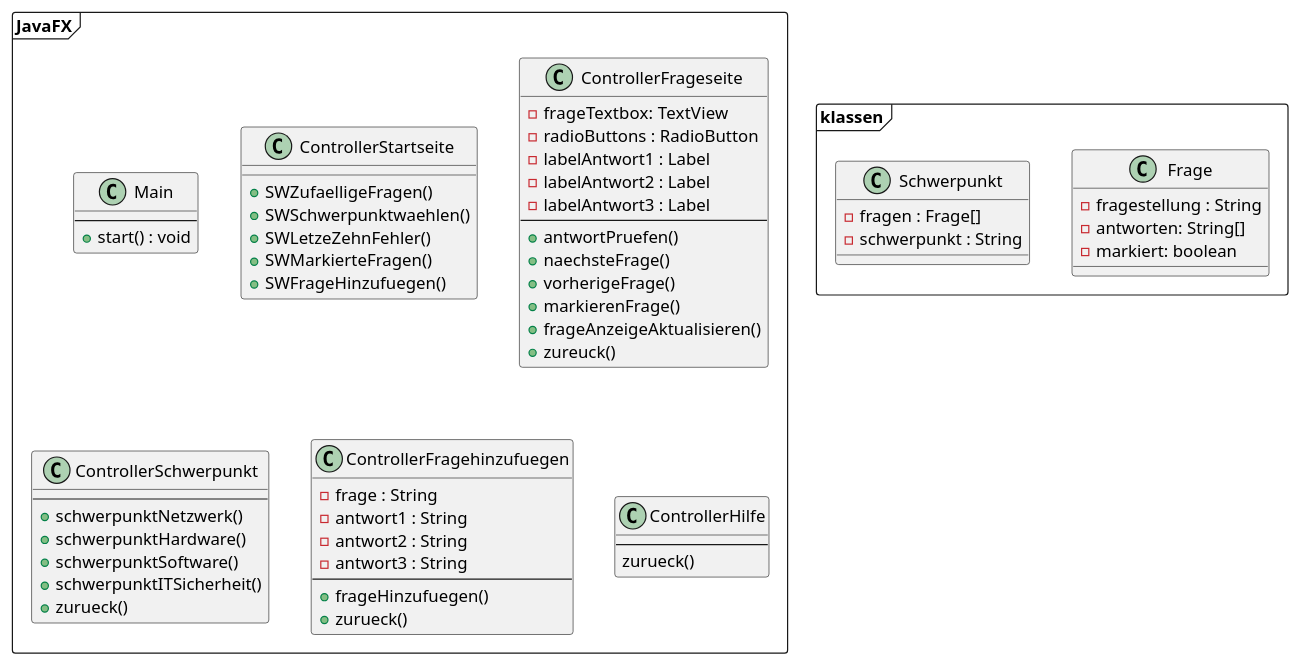
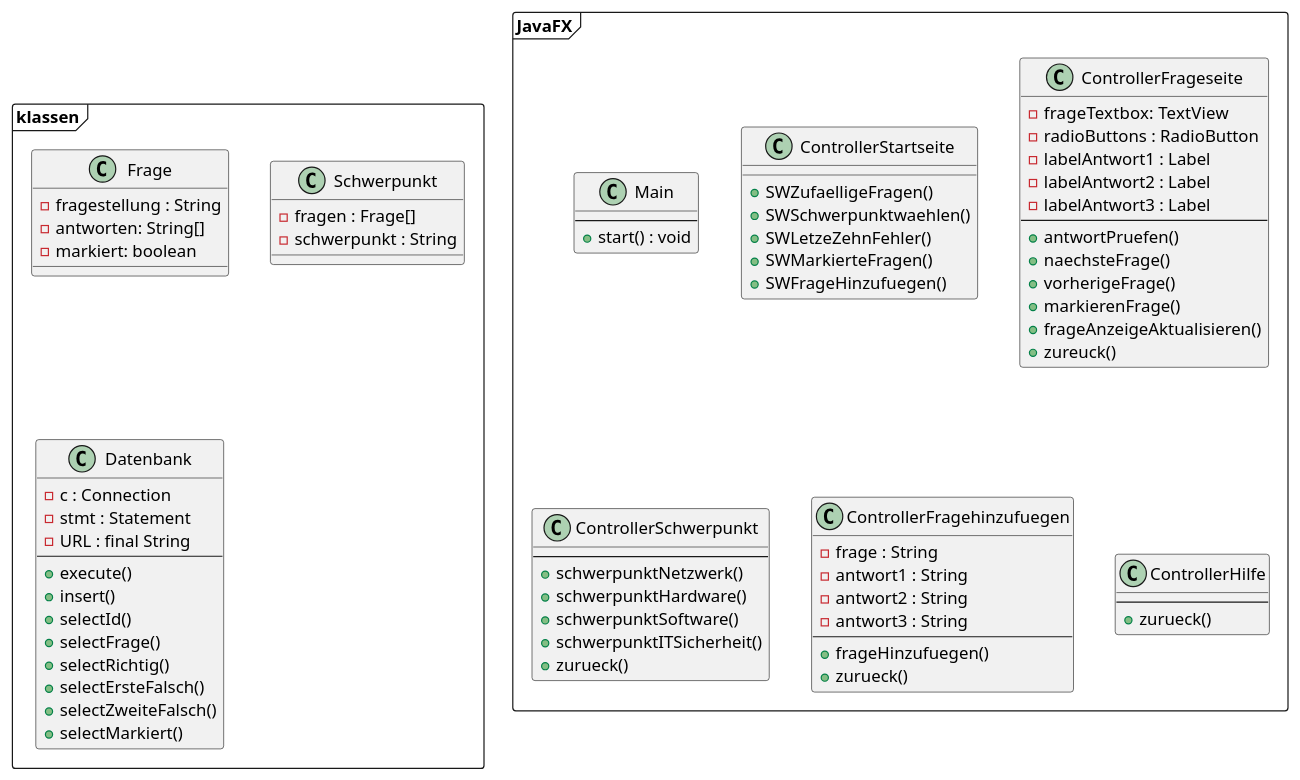
The diagram in docs/klassendiagramm.puml (DerM0narch/LernApp), drawn with PlantUML before and after one commit. The commit also changed 2 other files, not shown here.

Commit message:
added selectMarkiert to Datenbank

```diff
--- a/docs/klassendiagramm.puml
+++ b/docs/klassendiagramm.puml
@@ -1,73 +1,87 @@
 @startuml klassendiagramm
 
 frame klassen{
 class Frage {
     - fragestellung : String
     - antworten: String[]
     - markiert: boolean
 }
 
 class Schwerpunkt {
     - fragen : Frage[]
     - schwerpunkt : String
 }
 
+class Datenbank {
+    - c : Connection
+    - stmt : Statement
+    - URL : final String
+    --
+    + execute()
+    + insert()
+    + selectId()
+    + selectFrage()
+    + selectRichtig()
+    + selectErsteFalsch()
+    + selectZweiteFalsch()
+    + selectMarkiert()
+}
 
 }
 
 frame JavaFX {
 
 class Main {
     --
     + start() : void
 }
 class ControllerStartseite {
     + SWZufaelligeFragen()
     + SWSchwerpunktwaehlen()
     + SWLetzeZehnFehler()
     + SWMarkierteFragen()
     + SWFrageHinzufuegen()
 }
 
 class ControllerFrageseite {
     - frageTextbox: TextView
     - radioButtons : RadioButton
     - labelAntwort1 : Label
     - labelAntwort2 : Label
     - labelAntwort3 : Label
     --
     + antwortPruefen()
     + naechsteFrage()
     + vorherigeFrage()
     + markierenFrage()
     + frageAnzeigeAktualisieren()
     + zureuck()
 }
 
 class ControllerSchwerpunkt{
     --
     + schwerpunktNetzwerk()
     + schwerpunktHardware()
     + schwerpunktSoftware()
     + schwerpunktITSicherheit()
     + zurueck()
 }
 
 class ControllerFragehinzufuegen{
     - frage : String
     - antwort1 : String
     - antwort2 : String
     - antwort3 : String
     --
     + frageHinzufuegen()
     + zurueck()
 }
 
 class ControllerHilfe{
---
-zurueck()
+    --
+    + zurueck()
 }
 
 }
 
 @enduml
```
